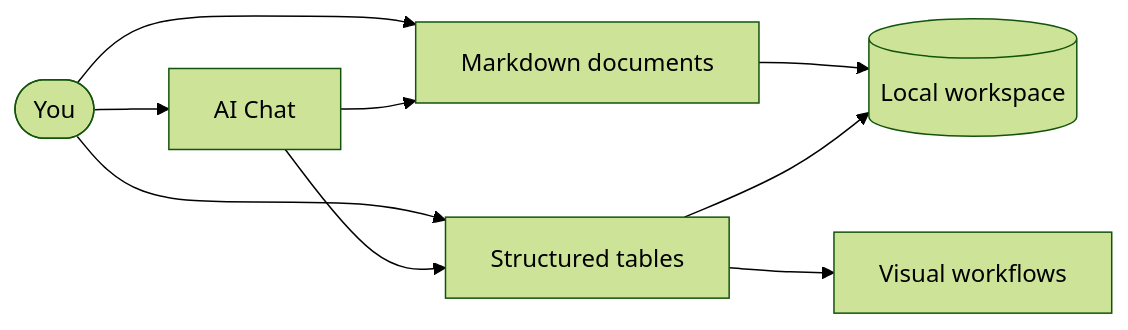
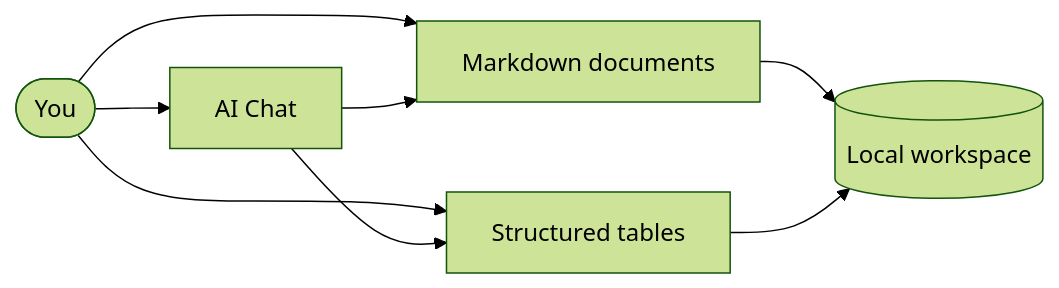
The diagram in public/onboarding/welcome.md (KitionAI/kition), drawn with Mermaid (forest theme) before and after one commit. The commit also changed other lines of this file and 458 other files, not shown here.

````diff
--- a/public/onboarding/welcome.md
+++ b/public/onboarding/welcome.md
@@ -19,11 +19,10 @@
 ```mermaid
 flowchart LR
     You([You]) --> Docs[Markdown documents]
     You --> Tables[Structured tables]
     You --> Chat[AI Chat]
     Chat --> Docs
     Chat --> Tables
-    Tables --> Workflows[Visual workflows]
     Docs --> Workspace[(Local workspace)]
     Tables --> Workspace
 ```
````
